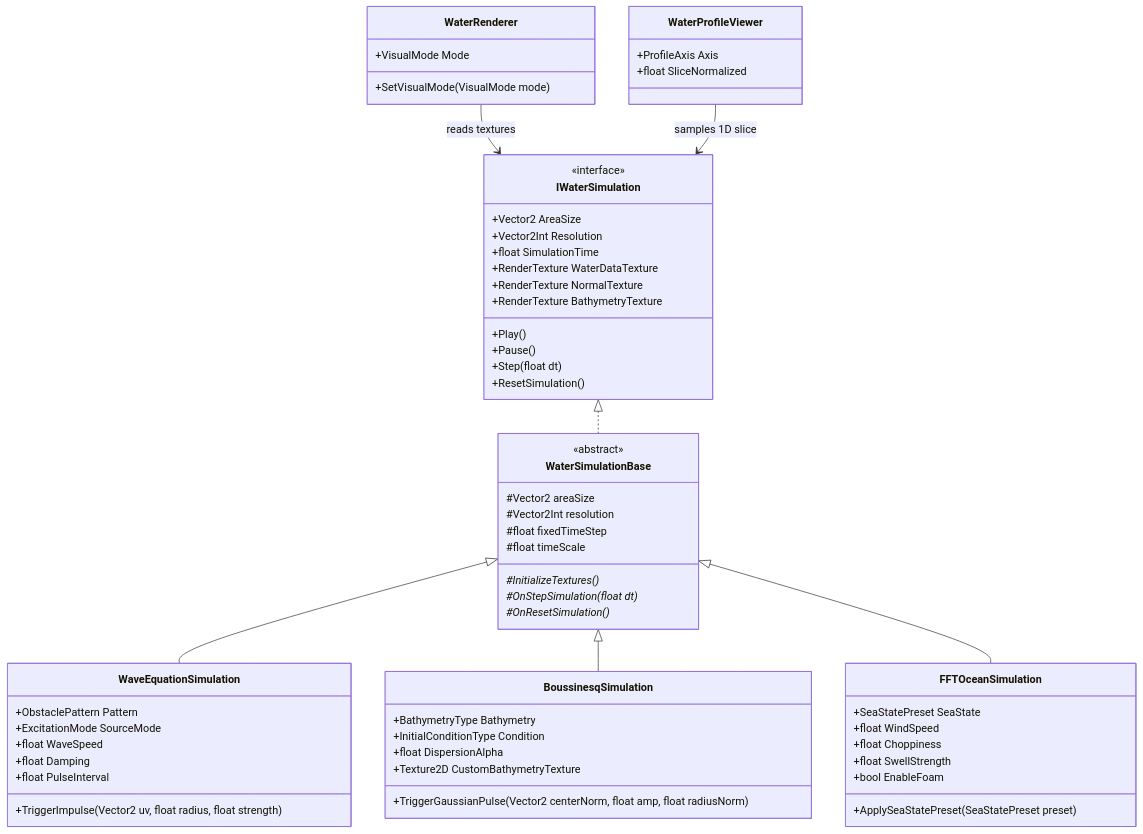
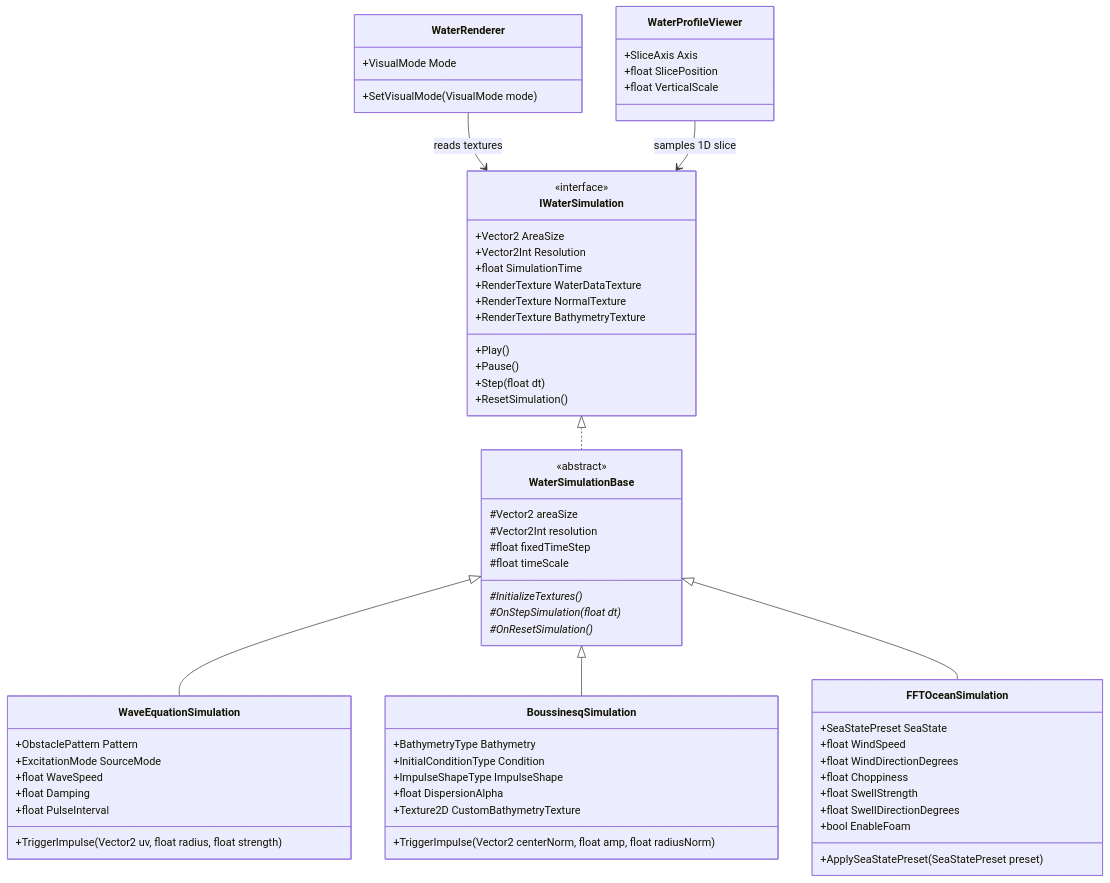
Before and after one commit to nobnak/unity-water-simulation: the diagram in Docs/WaterSimulation_Technical_Archive.ja.md, drawn with Mermaid. The commit also changed other lines of this file and 7 other files, not shown here.

````diff
--- a/Docs/WaterSimulation_Technical_Archive.ja.md
+++ b/Docs/WaterSimulation_Technical_Archive.ja.md
@@ -41,64 +45,68 @@
 ```mermaid
 classDiagram
     class IWaterSimulation {
         <<interface>>
         +Vector2 AreaSize
         +Vector2Int Resolution
         +float SimulationTime
         +RenderTexture WaterDataTexture
         +RenderTexture NormalTexture
         +RenderTexture BathymetryTexture
         +Play()
         +Pause()
         +Step(float dt)
         +ResetSimulation()
     }
     class WaterSimulationBase {
         <<abstract>>
         #Vector2 areaSize
         #Vector2Int resolution
         #float fixedTimeStep
         #float timeScale
         #InitializeTextures()*
         #OnStepSimulation(float dt)*
         #OnResetSimulation()*
     }
     class WaveEquationSimulation {
         +ObstaclePattern Pattern
         +ExcitationMode SourceMode
         +float WaveSpeed
         +float Damping
         +float PulseInterval
         +TriggerImpulse(Vector2 uv, float radius, float strength)
     }
     class BoussinesqSimulation {
         +BathymetryType Bathymetry
         +InitialConditionType Condition
+        +ImpulseShapeType ImpulseShape
         +float DispersionAlpha
         +Texture2D CustomBathymetryTexture
-        +TriggerGaussianPulse(Vector2 centerNorm, float amp, float radiusNorm)
+        +TriggerImpulse(Vector2 centerNorm, float amp, float radiusNorm)
     }
     class FFTOceanSimulation {
         +SeaStatePreset SeaState
         +float WindSpeed
+        +float WindDirectionDegrees
         +float Choppiness
         +float SwellStrength
+        +float SwellDirectionDegrees
         +bool EnableFoam
         +ApplySeaStatePreset(SeaStatePreset preset)
     }
     class WaterRenderer {
         +VisualMode Mode
         +SetVisualMode(VisualMode mode)
     }
     class WaterProfileViewer {
-        +ProfileAxis Axis
-        +float SliceNormalized
+        +SliceAxis Axis
+        +float SlicePosition
+        +float VerticalScale
     }
 
     IWaterSimulation <|.. WaterSimulationBase
     WaterSimulationBase <|-- WaveEquationSimulation
     WaterSimulationBase <|-- BoussinesqSimulation
     WaterSimulationBase <|-- FFTOceanSimulation
     WaterRenderer --> IWaterSimulation : reads textures
     WaterProfileViewer --> IWaterSimulation : samples 1D slice
 ```
````
